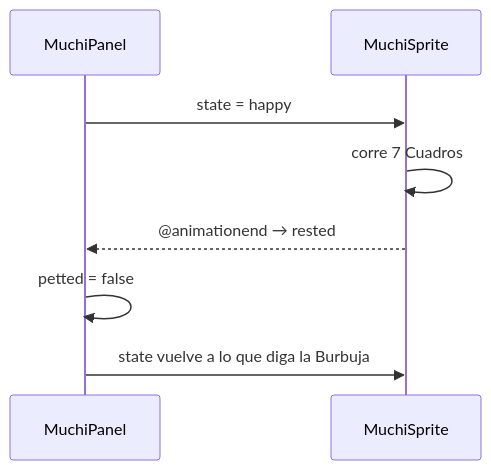
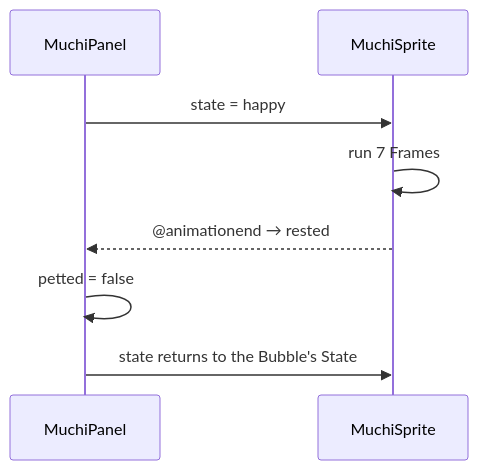
One commit to metaliaw/muchi changed the second of 2 diagrams in docs/how-muchi-speaks.md. Above: the diagram before and after it, drawn with Mermaid. The commit also changed other lines of this file and 38 other files, not shown here.

````diff
--- a/docs/how-muchi-speaks.md
+++ b/docs/how-muchi-speaks.md
@@ -197,10 +191,10 @@
 ```mermaid
 sequenceDiagram
     participant Panel as MuchiPanel
     participant Sprite as MuchiSprite
     Panel->>Sprite: state = happy
-    Sprite->>Sprite: corre 7 Cuadros
+    Sprite->>Sprite: run 7 Frames
     Sprite-->>Panel: @animationend → rested
     Panel->>Panel: petted = false
-    Panel->>Sprite: state vuelve a lo que diga la Burbuja
+    Panel->>Sprite: state returns to the Bubble's State
 ```
````
